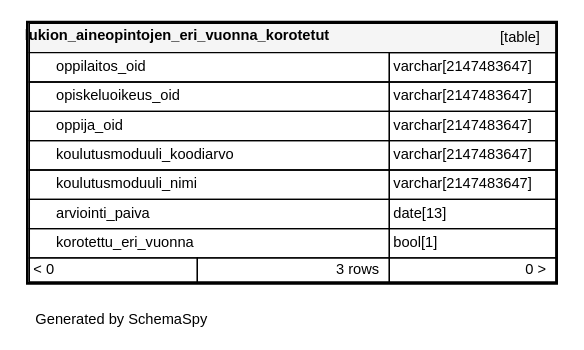
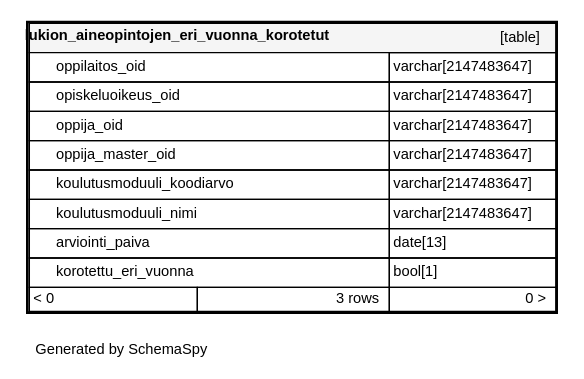
One commit to Opetushallitus/koski changed the diagram in documentation/tietokantaskeemat/koski-raportointikanta/diagrams/tables/lukion_aineopintojen_eri_vuonna_f8cfe17b.1degree.dot. Above: the diagram before and after it, drawn with Graphviz. The commit also changed 44 other files, not shown here.

```diff
--- a/documentation/tietokantaskeemat/koski-raportointikanta/diagrams/tables/lukion_aineopintojen_eri_vuonna_f8cfe17b.1degree.dot
+++ b/documentation/tietokantaskeemat/koski-raportointikanta/diagrams/tables/lukion_aineopintojen_eri_vuonna_f8cfe17b.1degree.dot
@@ -1,20 +1,21 @@
 digraph "oneDegreeRelationshipsDiagram" {
   graph [    rankdir="RL"    bgcolor="#ffffff"    label="\nGenerated by SchemaSpy"    labeljust="l"    nodesep="0.18"    ranksep="0.46"    fontname="Helvetica"    fontsize="11"    ration="compress"  ];  node [    fontname="Helvetica"    fontsize="11"    shape="plaintext"  ];  edge [    arrowsize="0.8"  ];
   "lukion_aineopintojen_eri_vuonna_korotetut" [
    label=<
     <TABLE BORDER="2" CELLBORDER="1" CELLSPACING="0" BGCOLOR="#ffffff">
       <TR><TD COLSPAN="4"  BGCOLOR="#f5f5f5"><TABLE BORDER="0" CELLSPACING="0"><TR><TD ALIGN="LEFT" FIXEDSIZE="TRUE" WIDTH="249" HEIGHT="16"><B>lukion_aineopintojen_eri_vuonna_korotetut</B></TD><TD ALIGN="RIGHT">[table]</TD></TR></TABLE></TD></TR>
       <TR><TD PORT="oppilaitos_oid" COLSPAN="2" BGCOLOR="#ffffff" ALIGN="LEFT"><TABLE BORDER="0" CELLSPACING="0" ALIGN="LEFT"><TR ALIGN="LEFT"><TD ALIGN="LEFT" FIXEDSIZE="TRUE" WIDTH="15" HEIGHT="16"></TD><TD ALIGN="LEFT" FIXEDSIZE="TRUE" WIDTH="249" HEIGHT="16">oppilaitos_oid</TD></TR></TABLE></TD><TD PORT="oppilaitos_oid.type" ALIGN="LEFT">varchar[2147483647]</TD></TR>
       <TR><TD PORT="opiskeluoikeus_oid" COLSPAN="2" ALIGN="LEFT"><TABLE BORDER="0" CELLSPACING="0" ALIGN="LEFT"><TR ALIGN="LEFT"><TD ALIGN="LEFT" FIXEDSIZE="TRUE" WIDTH="15" HEIGHT="16"></TD><TD ALIGN="LEFT" FIXEDSIZE="TRUE" WIDTH="249" HEIGHT="16">opiskeluoikeus_oid</TD></TR></TABLE></TD><TD PORT="opiskeluoikeus_oid.type" ALIGN="LEFT">varchar[2147483647]</TD></TR>
       <TR><TD PORT="oppija_oid" COLSPAN="2" ALIGN="LEFT"><TABLE BORDER="0" CELLSPACING="0" ALIGN="LEFT"><TR ALIGN="LEFT"><TD ALIGN="LEFT" FIXEDSIZE="TRUE" WIDTH="15" HEIGHT="16"></TD><TD ALIGN="LEFT" FIXEDSIZE="TRUE" WIDTH="249" HEIGHT="16">oppija_oid</TD></TR></TABLE></TD><TD PORT="oppija_oid.type" ALIGN="LEFT">varchar[2147483647]</TD></TR>
+      <TR><TD PORT="oppija_master_oid" COLSPAN="2" ALIGN="LEFT"><TABLE BORDER="0" CELLSPACING="0" ALIGN="LEFT"><TR ALIGN="LEFT"><TD ALIGN="LEFT" FIXEDSIZE="TRUE" WIDTH="15" HEIGHT="16"></TD><TD ALIGN="LEFT" FIXEDSIZE="TRUE" WIDTH="249" HEIGHT="16">oppija_master_oid</TD></TR></TABLE></TD><TD PORT="oppija_master_oid.type" ALIGN="LEFT">varchar[2147483647]</TD></TR>
       <TR><TD PORT="koulutusmoduuli_koodiarvo" COLSPAN="2" ALIGN="LEFT"><TABLE BORDER="0" CELLSPACING="0" ALIGN="LEFT"><TR ALIGN="LEFT"><TD ALIGN="LEFT" FIXEDSIZE="TRUE" WIDTH="15" HEIGHT="16"></TD><TD ALIGN="LEFT" FIXEDSIZE="TRUE" WIDTH="249" HEIGHT="16">koulutusmoduuli_koodiarvo</TD></TR></TABLE></TD><TD PORT="koulutusmoduuli_koodiarvo.type" ALIGN="LEFT">varchar[2147483647]</TD></TR>
       <TR><TD PORT="koulutusmoduuli_nimi" COLSPAN="2" ALIGN="LEFT"><TABLE BORDER="0" CELLSPACING="0" ALIGN="LEFT"><TR ALIGN="LEFT"><TD ALIGN="LEFT" FIXEDSIZE="TRUE" WIDTH="15" HEIGHT="16"></TD><TD ALIGN="LEFT" FIXEDSIZE="TRUE" WIDTH="249" HEIGHT="16">koulutusmoduuli_nimi</TD></TR></TABLE></TD><TD PORT="koulutusmoduuli_nimi.type" ALIGN="LEFT">varchar[2147483647]</TD></TR>
       <TR><TD PORT="arviointi_paiva" COLSPAN="2" ALIGN="LEFT"><TABLE BORDER="0" CELLSPACING="0" ALIGN="LEFT"><TR ALIGN="LEFT"><TD ALIGN="LEFT" FIXEDSIZE="TRUE" WIDTH="15" HEIGHT="16"></TD><TD ALIGN="LEFT" FIXEDSIZE="TRUE" WIDTH="249" HEIGHT="16">arviointi_paiva</TD></TR></TABLE></TD><TD PORT="arviointi_paiva.type" ALIGN="LEFT">date[13]</TD></TR>
       <TR><TD PORT="korotettu_eri_vuonna" COLSPAN="2" ALIGN="LEFT"><TABLE BORDER="0" CELLSPACING="0" ALIGN="LEFT"><TR ALIGN="LEFT"><TD ALIGN="LEFT" FIXEDSIZE="TRUE" WIDTH="15" HEIGHT="16"></TD><TD ALIGN="LEFT" FIXEDSIZE="TRUE" WIDTH="249" HEIGHT="16">korotettu_eri_vuonna</TD></TR></TABLE></TD><TD PORT="korotettu_eri_vuonna.type" ALIGN="LEFT">bool[1]</TD></TR>
       <TR><TD ALIGN="LEFT" BGCOLOR="#ffffff">&lt; 0</TD><TD ALIGN="RIGHT" BGCOLOR="#ffffff">3 rows</TD><TD ALIGN="RIGHT" BGCOLOR="#ffffff">0 &gt;</TD></TR>
     </TABLE>>
     URL="../../tables/lukion_aineopintojen_eri_vuonna_f8cfe17b.html"
     target="_top"
     tooltip="lukion_aineopintojen_eri_vuonna_korotetut"
   ];
 }
```
